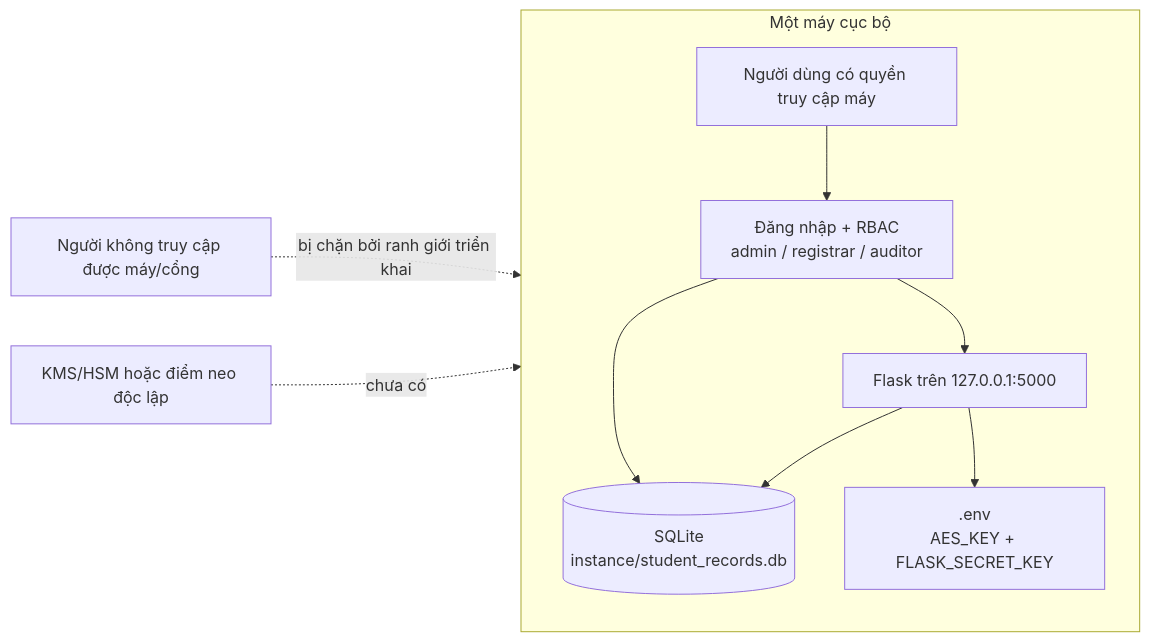
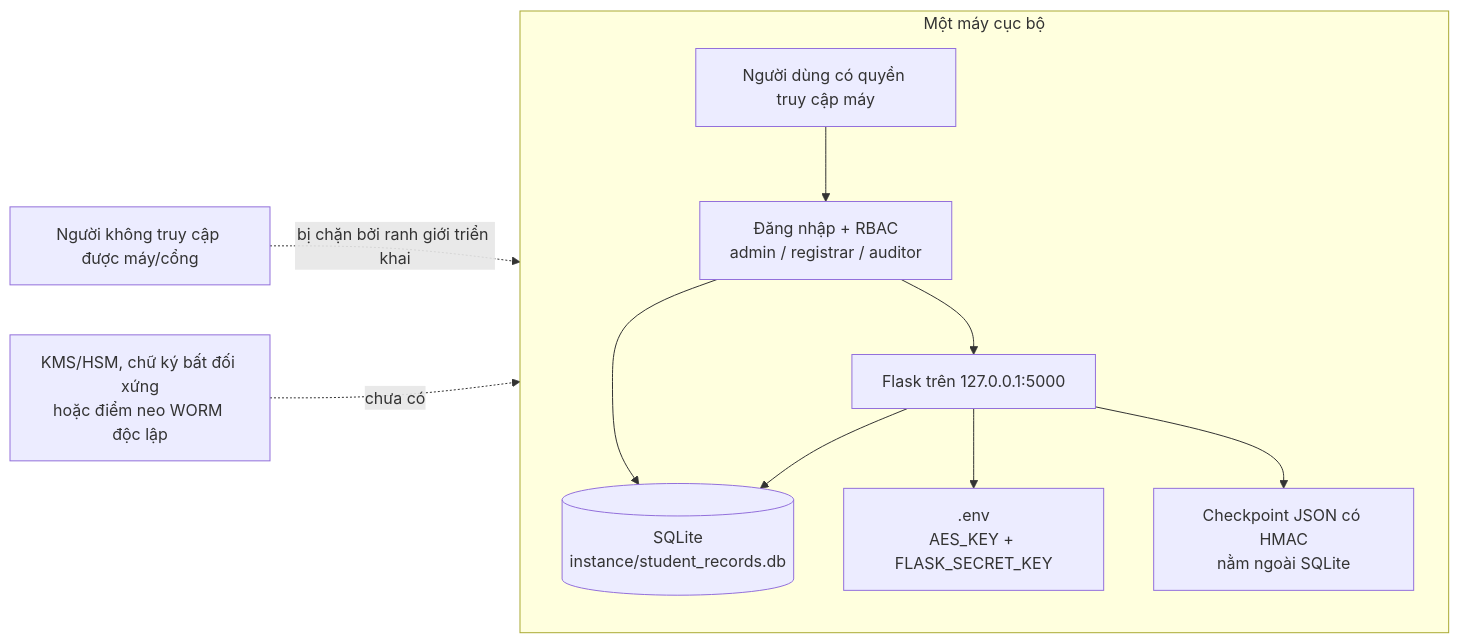
The first of 6 diagrams in docs/KIEN_TRUC_HE_THONG.md (hv6z/secureedu-authenticated-student-records), drawn with Mermaid before and after one commit. The commit also changed other lines of this file and 36 other files, not shown here.

````diff
--- a/docs/KIEN_TRUC_HE_THONG.md
+++ b/docs/KIEN_TRUC_HE_THONG.md
@@ -7,17 +7,19 @@
 ```mermaid
 flowchart LR
     subgraph HOST["Một máy cục bộ"]
         U["Người dùng có quyền truy cập máy"]
         A["Đăng nhập + RBAC<br/>admin / registrar / auditor"]
         F["Flask trên 127.0.0.1:5000"]
         E[".env<br/>AES_KEY + FLASK_SECRET_KEY"]
         DB[("SQLite<br/>instance/student_records.db")]
+        CP["Checkpoint JSON có HMAC<br/>nằm ngoài SQLite"]
         U --> A --> F
         A --> DB
         F --> E
         F --> DB
+        F --> CP
     end
 
     X["Người không truy cập được máy/cổng"] -.->|"bị chặn bởi ranh giới triển khai"| HOST
-    K["KMS/HSM hoặc điểm neo độc lập"] -.->|"chưa có"| HOST
+    K["KMS/HSM, chữ ký bất đối xứng<br/>hoặc điểm neo WORM độc lập"] -.->|"chưa có"| HOST
 ```
````
